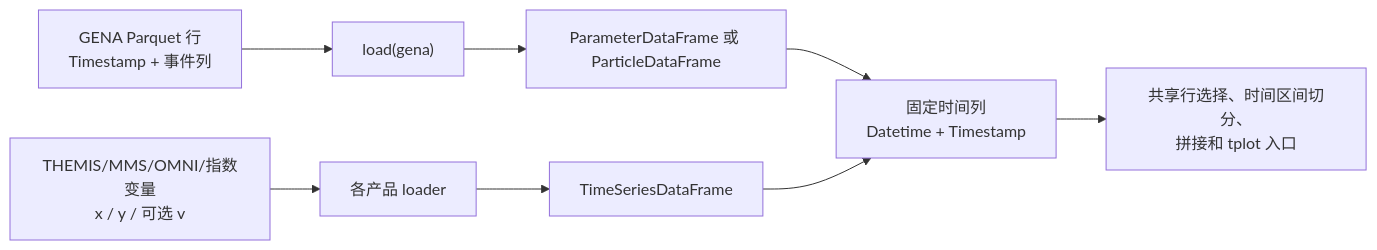
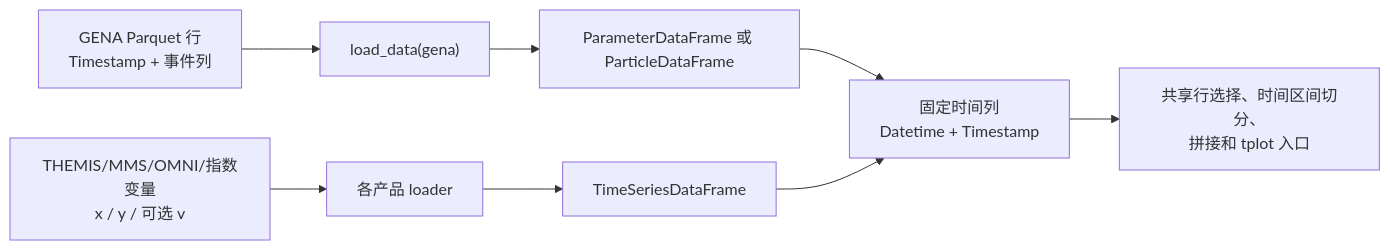
The second of 2 diagrams in readme.zh.md (shawnafk/GENA), drawn with Mermaid before and after one commit. The commit also changed other lines of this file and 21 other files, not shown here.

````diff
--- a/readme.zh.md
+++ b/readme.zh.md
@@ -165,10 +195,10 @@
 ```mermaid
 flowchart LR
-    G["GENA Parquet 行<br/>Timestamp + 事件列"] --> GL["load(gena)"]
+    G["GENA Parquet 行<br/>Timestamp + 事件列"] --> GL["load_data(gena)"]
     GL --> E["ParameterDataFrame 或 ParticleDataFrame"]
     T["THEMIS/MMS/OMNI/指数变量<br/>x / y / 可选 v"] --> D["各产品 loader"]
     D --> F["TimeSeriesDataFrame"]
     E --> C["固定时间列<br/>Datetime + Timestamp"]
     F --> C
     C --> S["共享行选择、时间区间切分、<br/>拼接和 tplot 入口"]
 ```
````
